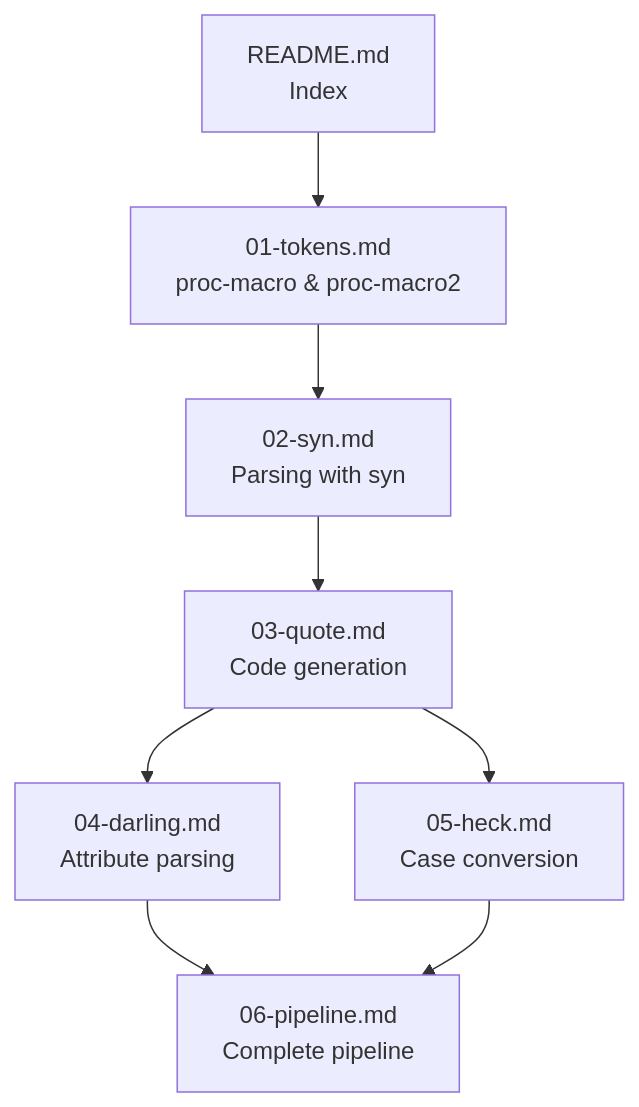
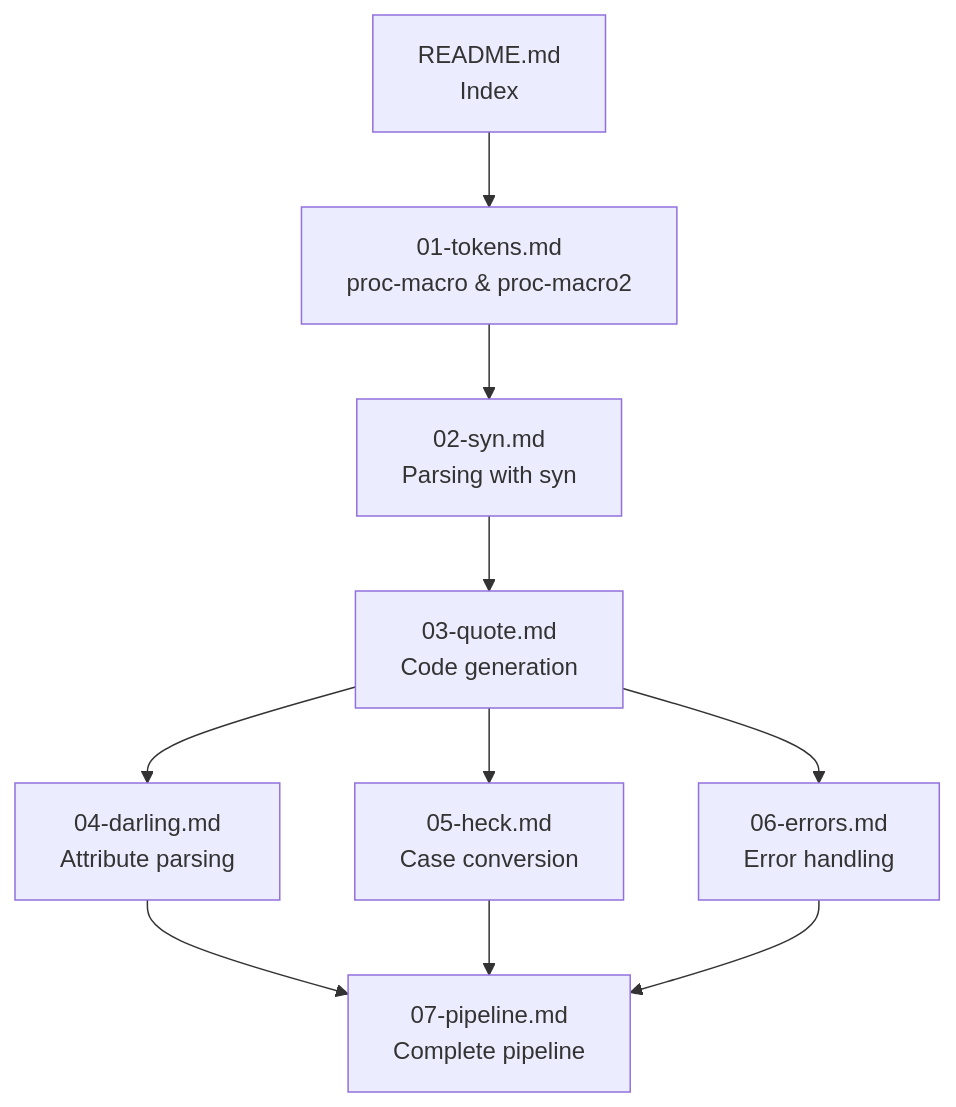
The diagram in specs/002-proc-macro-tutorial/data-model.md (ranjithkt/proc-macro-workshop), drawn with Mermaid before and after one commit. The commit also changed other lines of this file and 9 other files, not shown here.

````diff
--- a/specs/002-proc-macro-tutorial/data-model.md
+++ b/specs/002-proc-macro-tutorial/data-model.md
@@ -137,10 +139,12 @@
 ```mermaid
 graph TD
     INDEX[README.md<br/>Index] --> C1[01-tokens.md<br/>proc-macro & proc-macro2]
     C1 --> C2[02-syn.md<br/>Parsing with syn]
     C2 --> C3[03-quote.md<br/>Code generation]
     C3 --> C4[04-darling.md<br/>Attribute parsing]
     C3 --> C5[05-heck.md<br/>Case conversion]
-    C4 --> C6[06-pipeline.md<br/>Complete pipeline]
-    C5 --> C6
+    C3 --> C6[06-errors.md<br/>Error handling]
+    C4 --> C7[07-pipeline.md<br/>Complete pipeline]
+    C5 --> C7
+    C6 --> C7
 ```
````
